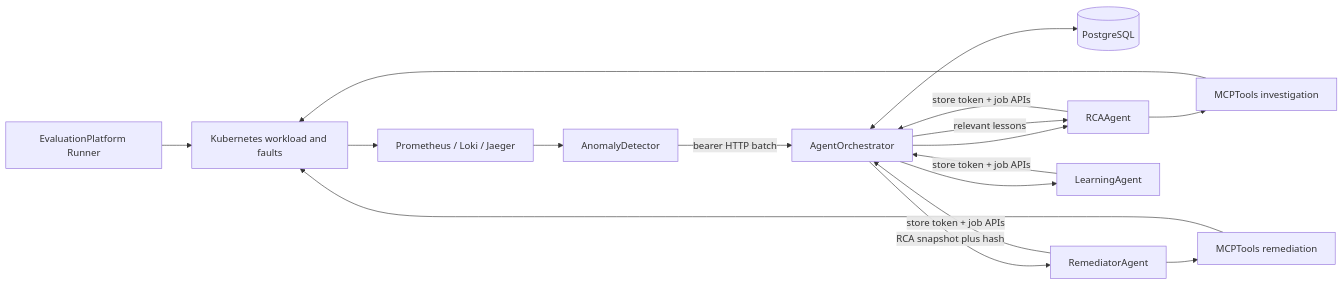
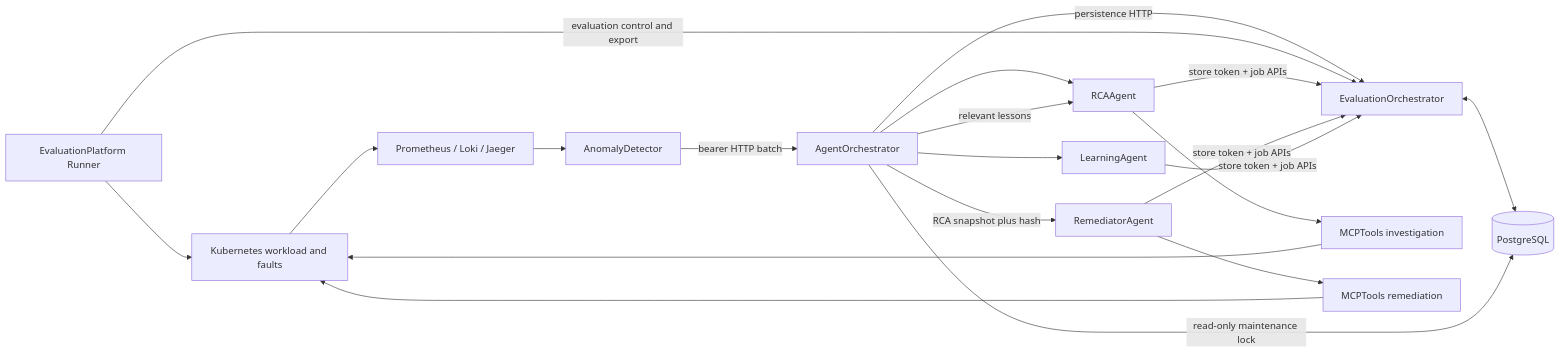
One commit to stanleyyoga123/IncidentBench changed the diagram in docs/architecture.md. Above: the diagram before and after it, drawn with Mermaid. The commit also changed other lines of this file and 157 other files, not shown here.

````diff
--- a/docs/architecture.md
+++ b/docs/architecture.md
@@ -3,19 +3,22 @@
 ```mermaid
 flowchart LR
   E[EvaluationPlatform Runner] --> K[Kubernetes workload and faults]
   K --> P[Prometheus / Loki / Jaeger]
   P --> D[AnomalyDetector]
   D -->|bearer HTTP batch| O[AgentOrchestrator]
-  O <--> DB[(PostgreSQL)]
+  O -->|persistence HTTP| S[EvaluationOrchestrator]
+  S <--> DB[(PostgreSQL)]
+  E -->|evaluation control and export| S
+  O -->|read-only maintenance lock| DB
   O --> R[RCAAgent]
-  R -->|store token + job APIs| O
+  R -->|store token + job APIs| S
   R --> MI[MCPTools investigation]
   MI --> K
   O -->|RCA snapshot plus hash| M[RemediatorAgent]
-  M -->|store token + job APIs| O
+  M -->|store token + job APIs| S
   M --> MR[MCPTools remediation]
   MR --> K
   O --> L[LearningAgent]
-  L -->|store token + job APIs| O
+  L -->|store token + job APIs| S
   O -->|relevant lessons| R
 ```
````
